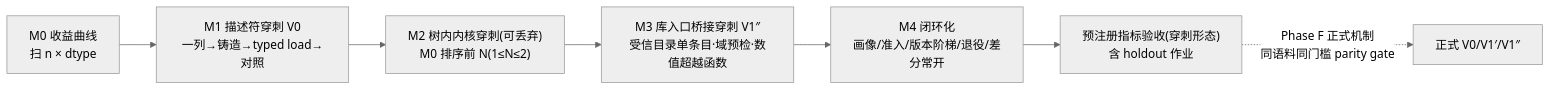
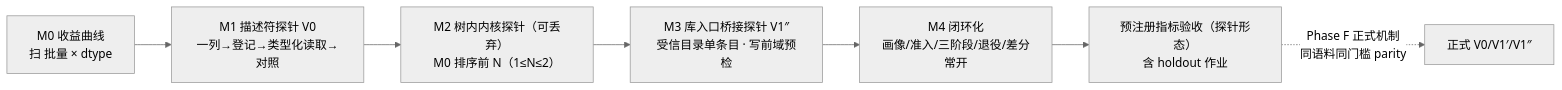
Before and after one commit to openeuler-mirror/cinderx: the third of 3 diagrams in docs/design/data-engineering-plugin/【功能设计】CinderX支持数据工程领域插件.md, drawn with Mermaid (neutral theme). The commit also changed other lines of this file and 1 other file, not shown here.

````diff
--- a/docs/design/data-engineering-plugin/【功能设计】CinderX支持数据工程领域插件.md
+++ b/docs/design/data-engineering-plugin/【功能设计】CinderX支持数据工程领域插件.md
@@ -671,9 +829,9 @@
 ```mermaid
 flowchart LR
-    M0["M0 收益曲线<br/>扫 n × dtype"] --> M1["M1 描述符穿刺 V0<br/>一列→铸造→typed load→对照"]
-    M1 --> M2["M2 树内内核穿刺(可丢弃)<br/>M0 排序前 N(1≤N≤2)"]
-    M2 --> M3["M3 库入口桥接穿刺 V1″<br/>受信目录单条目·域预检·数值超越函数"]
-    M3 --> M4["M4 闭环化<br/>画像/准入/版本阶梯/退役/差分常开"]
-    M4 --> ACC["预注册指标验收(穿刺形态)<br/>含 holdout 作业"]
-    ACC -.->|"Phase F 正式机制<br/>同语料同门槛 parity gate"| PF["正式 V0/V1′/V1″"]
+    M0["M0 收益曲线<br/>扫 批量 × dtype"] --> M1["M1 描述符探针 V0<br/>一列→登记→类型化读取→对照"]
+    M1 --> M2["M2 树内内核探针（可丢弃）<br/>M0 排序前 N（1≤N≤2）"]
+    M2 --> M3["M3 库入口桥接探针 V1″<br/>受信目录单条目 · 写前域预检"]
+    M3 --> M4["M4 闭环化<br/>画像/准入/三阶段/退役/差分常开"]
+    M4 --> ACC["预注册指标验收（探针形态）<br/>含 holdout 作业"]
+    ACC -.->|"Phase F 正式机制<br/>同语料同门槛 parity"| PF["正式 V0/V1′/V1″"]
 ```
````
